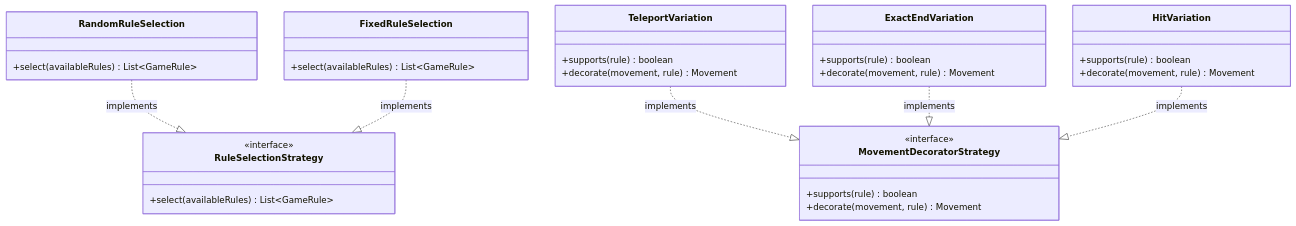
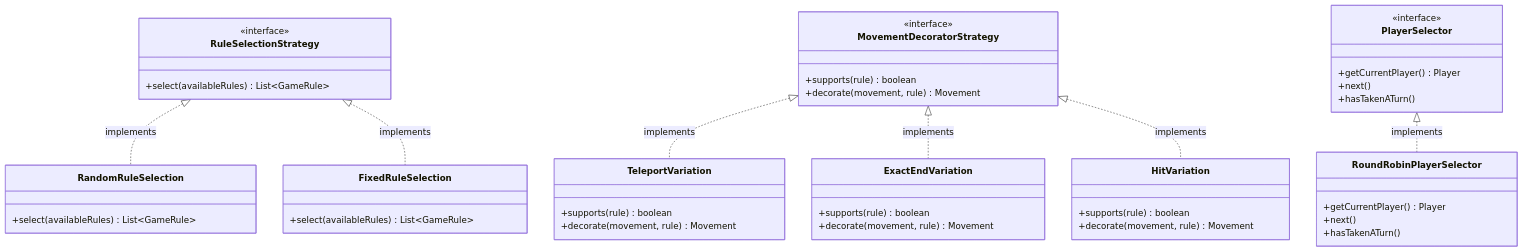
Before and after one commit to SirRmelTheThird/HyperJump: the fourth of 7 diagrams in README.md, drawn with Mermaid. The commit also changed other lines of this file, not shown here.

````diff
--- a/README.md
+++ b/README.md
@@ -84,36 +145,48 @@
 ```mermaid
 classDiagram
     class RuleSelectionStrategy {
         <<interface>>
         +select(availableRules) List~GameRule~
     }
     class RandomRuleSelection {
         +select(availableRules) List~GameRule~
     }
     class FixedRuleSelection {
         +select(availableRules) List~GameRule~
     }
     class MovementDecoratorStrategy {
         <<interface>>
         +supports(rule) boolean
         +decorate(movement, rule) Movement
     }
     class TeleportVariation {
         +supports(rule) boolean
         +decorate(movement, rule) Movement
     }
     class ExactEndVariation {
         +supports(rule) boolean
         +decorate(movement, rule) Movement
     }
     class HitVariation {
         +supports(rule) boolean
         +decorate(movement, rule) Movement
     }
+    class PlayerSelector {
+        <<interface>>
+        +getCurrentPlayer() Player
+        +next()
+        +hasTakenATurn()
+    }
+    class RoundRobinPlayerSelector {
+        +getCurrentPlayer() Player
+        +next()
+        +hasTakenATurn()
+    }
 
-    RandomRuleSelection ..|> RuleSelectionStrategy : implements
-    FixedRuleSelection ..|> RuleSelectionStrategy : implements
-    TeleportVariation ..|> MovementDecoratorStrategy : implements
-    ExactEndVariation ..|> MovementDecoratorStrategy : implements
-    HitVariation ..|> MovementDecoratorStrategy : implements
+    RuleSelectionStrategy <|.. RandomRuleSelection : implements
+    RuleSelectionStrategy <|.. FixedRuleSelection : implements
+    MovementDecoratorStrategy <|.. TeleportVariation : implements
+    MovementDecoratorStrategy <|.. ExactEndVariation : implements
+    MovementDecoratorStrategy <|.. HitVariation : implements
+    PlayerSelector <|.. RoundRobinPlayerSelector : implements
 ```
````
